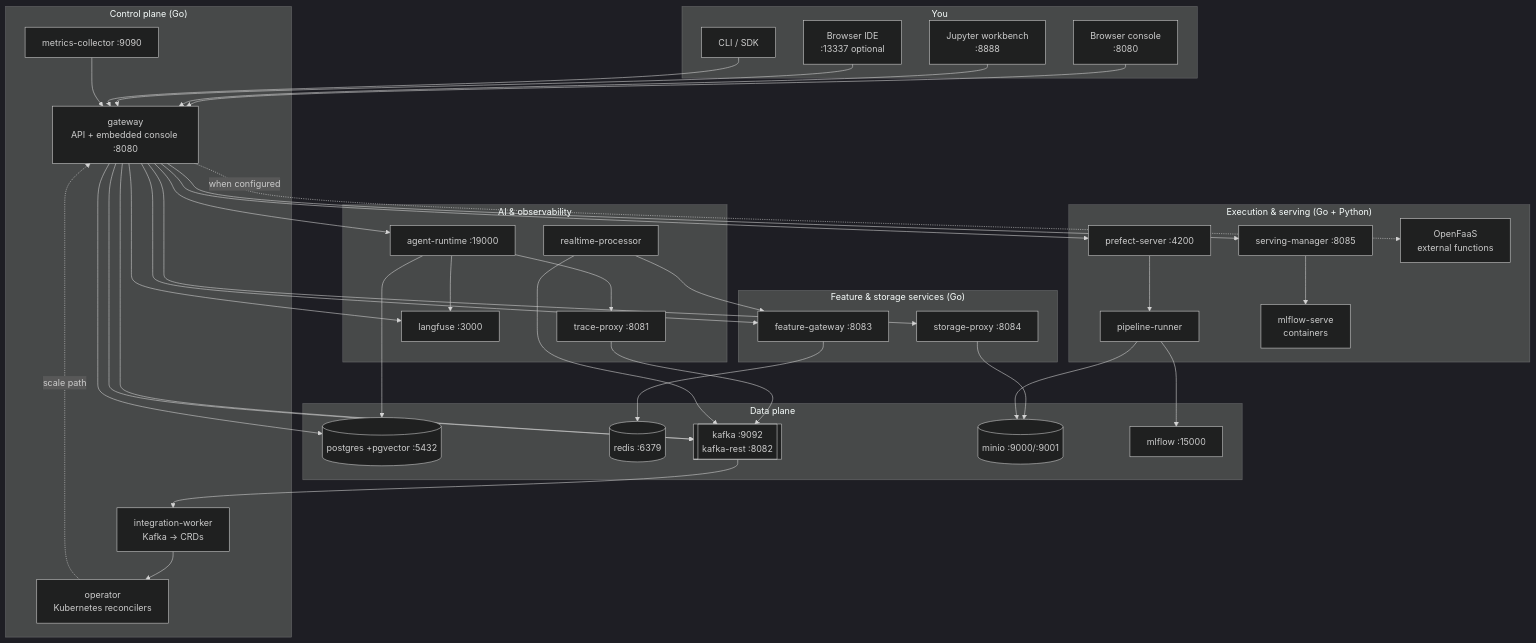
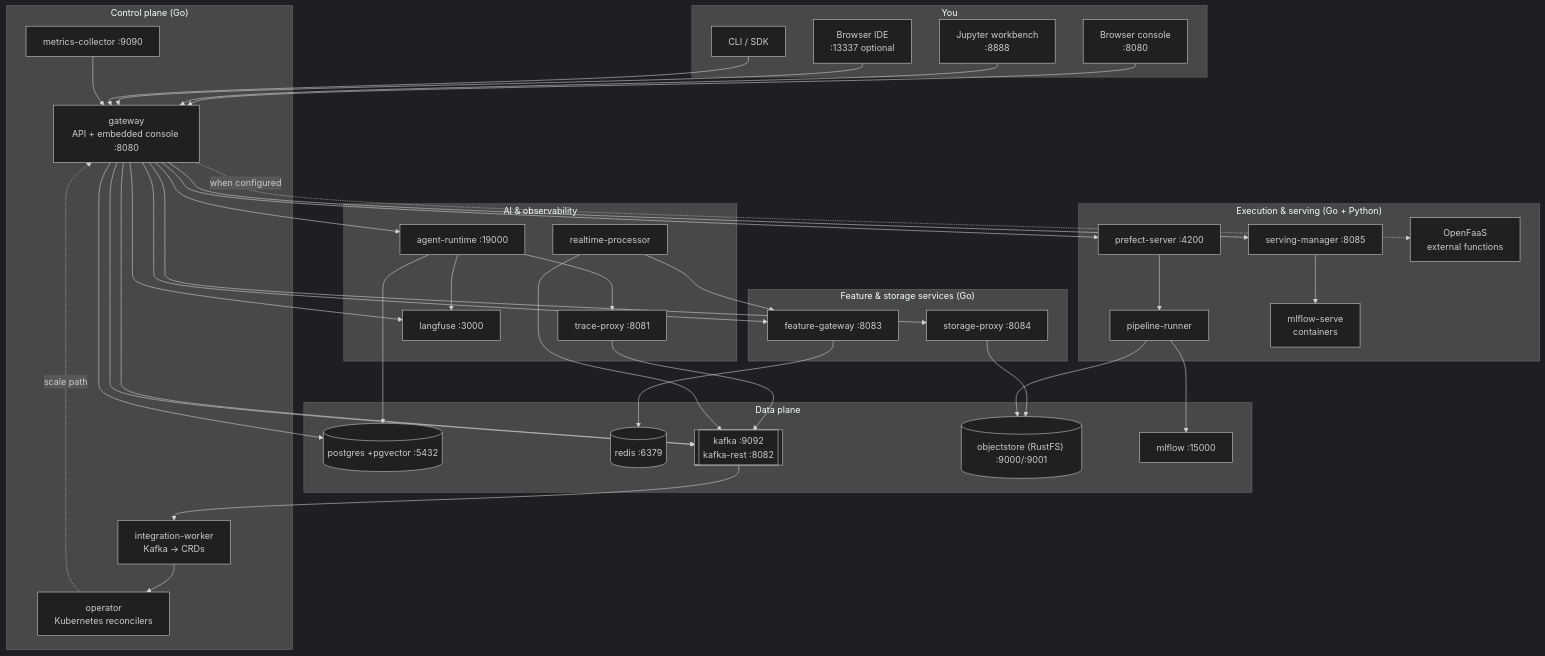
The diagram in docs/overview/architecture.md (kiongahq/docs), drawn with Mermaid (dark theme) before and after one commit. The commit also changed other lines of this file and 21 other files, not shown here.

````diff
--- a/docs/overview/architecture.md
+++ b/docs/overview/architecture.md
@@ -10,66 +10,66 @@
 ```mermaid
 flowchart TB
     subgraph you["You"]
         browser["Browser console<br/>:8080"]
         nb["Jupyter workbench<br/>:8888"]
         ide["Browser IDE<br/>:13337 optional"]
         cli["CLI / SDK"]
     end
 
     subgraph control["Control plane (Go)"]
         gw["gateway<br/>API + embedded console :8080"]
         op["operator<br/>Kubernetes reconcilers"]
         mc["metrics-collector :9090"]
         iw["integration-worker<br/>Kafka → CRDs"]
     end
 
     subgraph exec["Execution & serving (Go + Python)"]
         prefect["prefect-server :4200"]
         runner["pipeline-runner"]
         sm["serving-manager :8085"]
         serve["mlflow-serve<br/>containers"]
         fn["OpenFaaS<br/>external functions"]
     end
 
     subgraph ai["AI & observability"]
         ar["agent-runtime :19000"]
         tp["trace-proxy :8081"]
         lf["langfuse :3000"]
         rt["realtime-processor"]
     end
 
     subgraph dataplane["Data plane"]
         pg[("postgres +pgvector :5432")]
         redis[("redis :6379")]
         kafka[["kafka :9092<br/>kafka-rest :8082"]]
-        minio[("minio :9000/:9001")]
+        objectstore[("objectstore (RustFS) :9000/:9001")]
         mlflow["mlflow :15000"]
     end
 
     subgraph edge["Feature & storage services (Go)"]
         fg["feature-gateway :8083"]
         sp["storage-proxy :8084"]
     end
 
     browser --> gw
     nb --> gw
     ide --> gw
     cli --> gw
     gw --> prefect --> runner --> mlflow
     gw --> sm --> serve
     gw -. when configured .-> fn
     gw --> ar --> tp --> kafka
-    gw --> sp --> minio
+    gw --> sp --> objectstore
     gw --> fg --> redis
     gw --> lf
-    runner --> minio
+    runner --> objectstore
     ar --> pg
     ar --> lf
     rt --> kafka
     rt --> fg
     mc --> gw
     gw --> pg
     gw --> kafka
     gw --> kafka --> iw --> op
     op -. scale path .-> gw
 ```
````
